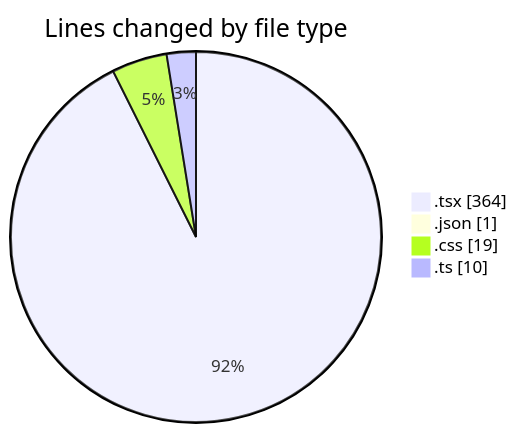
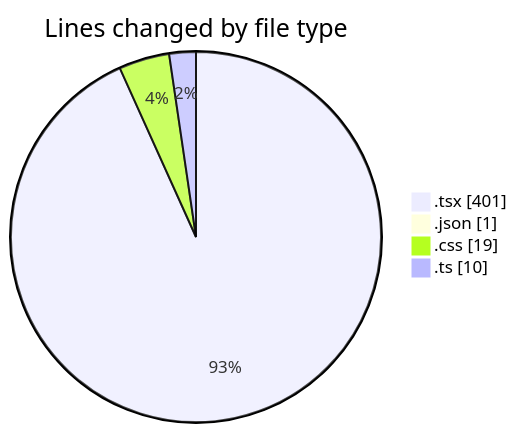
One commit to Elitesun/code-tracking changed the first of 2 diagrams in 2025-04-04/product-page/README.md. Above: the diagram before and after it, drawn with Mermaid. The commit also changed other lines of this file and 1 other file, not shown here.

````diff
--- a/2025-04-04/product-page/README.md
+++ b/2025-04-04/product-page/README.md
@@ -25,8 +25,8 @@
 ```mermaid
 pie showData
 title Lines changed by file type
-".tsx" : 364
+".tsx" : 401
 ".json" : 1
 ".css" : 19
 ".ts" : 10
 ```
````
